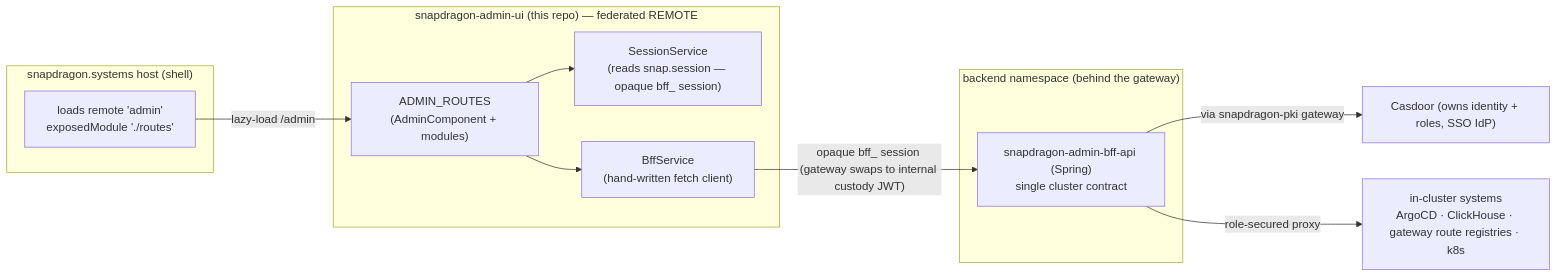
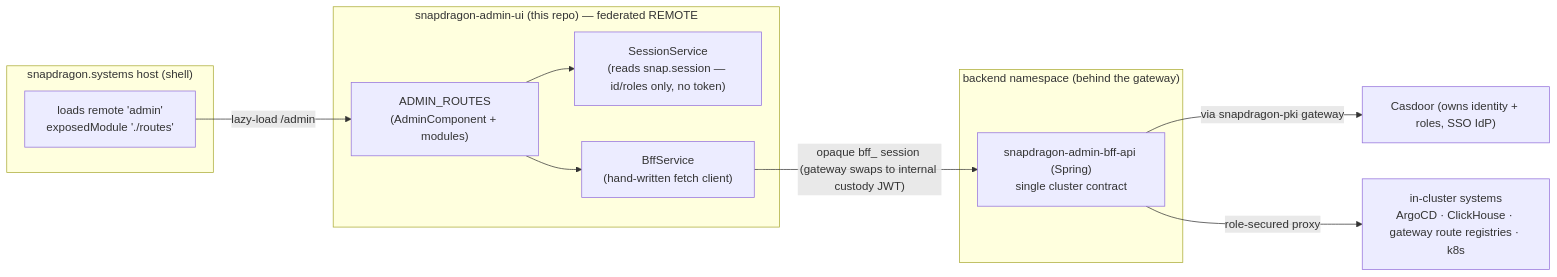
Before and after one commit to hugmesh/hugmesh-admin-ui: the first of 3 diagrams in README.md, drawn with Mermaid. The commit also changed other lines of this file, not shown here.

First line of the commit message:
docs: fix stale Casdoor-redirect SSO diagram/prose in README (#71)

````diff
--- a/README.md
+++ b/README.md
@@ -20,26 +20,26 @@
 ```mermaid
 flowchart LR
   subgraph host["snapdragon.systems host (shell)"]
     H["loads remote 'admin'<br/>exposedModule './routes'"]
   end
 
   subgraph remote["snapdragon-admin-ui (this repo) — federated REMOTE"]
     UI["ADMIN_ROUTES<br/>(AdminComponent + modules)"]
-    SS["SessionService<br/>(reads snap.session — opaque bff_ session)"]
+    SS["SessionService<br/>(reads snap.session — id/roles only, no token)"]
     BS["BffService<br/>(hand-written fetch client)"]
   end
 
   subgraph backend["backend namespace (behind the gateway)"]
     BFF["snapdragon-admin-bff-api (Spring)<br/>single cluster contract"]
   end
 
   CAS["Casdoor (owns identity + roles, SSO IdP)"]
   CLUSTER["in-cluster systems<br/>ArgoCD · ClickHouse · gateway route registries · k8s"]
 
   H -->|"lazy-load /admin"| UI
   UI --> SS
   UI --> BS
   BS -->|"opaque bff_ session (gateway swaps to internal custody JWT)"| BFF
   BFF -->|"via snapdragon-pki gateway"| CAS
   BFF -->|"role-secured proxy"| CLUSTER
 ```
````
